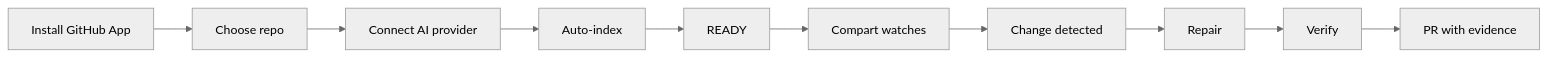
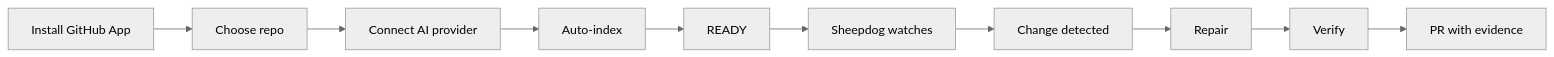
One commit to Devaretanmay/HAVFRYS changed the first of 3 diagrams in docs/SYSTEM_MAP.md. Above: the diagram before and after it, drawn with Mermaid (neutral theme). The commit also changed other lines of this file and 223 other files, not shown here.

First line of the commit message:
feat!: rename Compart to Sheepdog across product, code, and docs

````diff
--- a/docs/SYSTEM_MAP.md
+++ b/docs/SYSTEM_MAP.md
@@ -7,12 +7,12 @@
 ```mermaid
 flowchart LR
     A["Install GitHub App"] --> B["Choose repo"]
     B --> C["Connect AI provider"]
     C --> D["Auto-index"]
     D --> E["READY"]
-    E --> F["Compart watches"]
+    E --> F["Sheepdog watches"]
     F --> G["Change detected"]
     G --> H["Repair"]
     H --> I["Verify"]
     I --> J["PR with evidence"]
 ```
````
